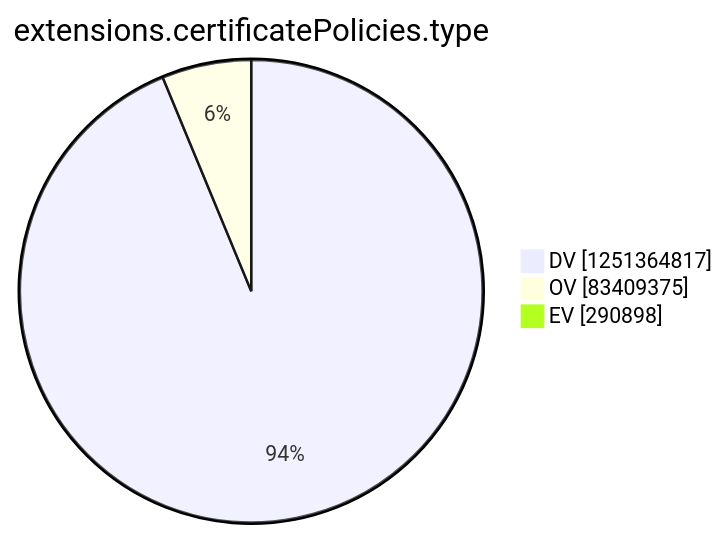
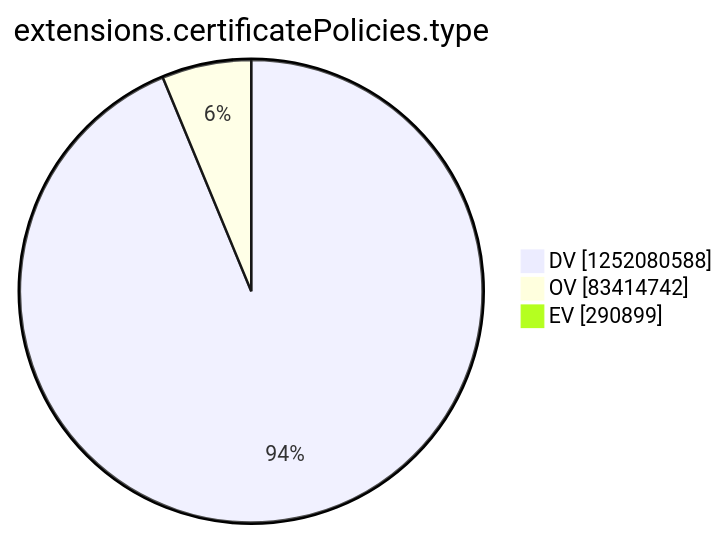
The tenth of 15 diagrams in argon2022/README.md (christiankrug/ctmonitor_visualization), drawn with Mermaid before and after one commit. The commit also changed other lines of this file, not shown here.

````diff
--- a/argon2022/README.md
+++ b/argon2022/README.md
@@ -2771,7 +2771,7 @@
 ```mermaid
 pie showData
 title extensions.certificatePolicies.type
-"DV" :1251364817
-"OV" :83409375
-"EV" :290898
+"DV" :1252080588
+"OV" :83414742
+"EV" :290899
 ```
````
